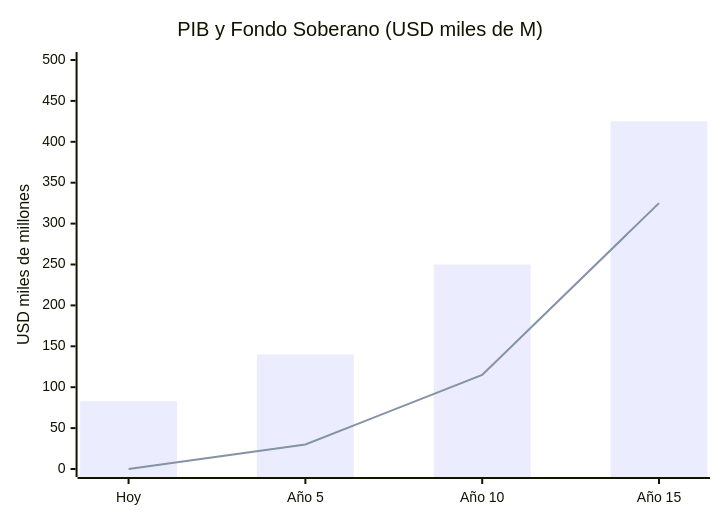
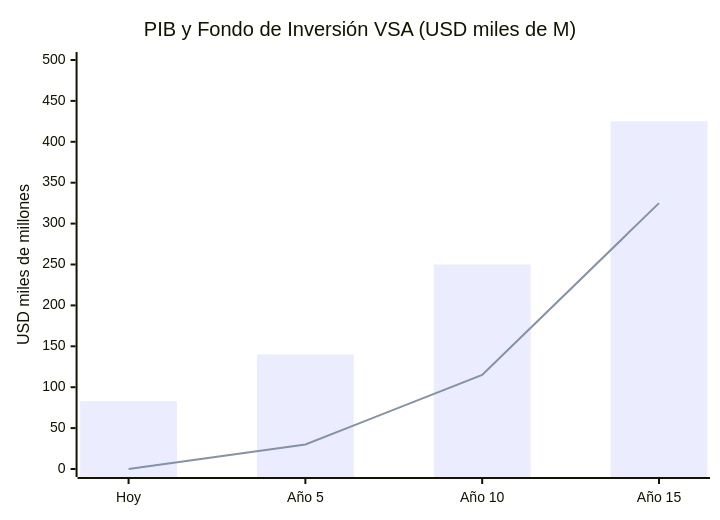
The fourth of 4 diagrams in docs/08-pitch/pitch-deck.md (Venezuela-S-A/venezuela-sa), drawn with Mermaid before and after one commit. The commit also changed other lines of this file and 49 other files, not shown here.

````diff
--- a/docs/08-pitch/pitch-deck.md
+++ b/docs/08-pitch/pitch-deck.md
@@ -133,8 +133,8 @@
 ```mermaid
 xychart-beta
-    title "PIB y Fondo Soberano (USD miles de M)"
+    title "PIB y Fondo de Inversión VSA (USD miles de M)"
     x-axis ["Hoy", "Año 5", "Año 10", "Año 15"]
     y-axis "USD miles de millones" 0 --> 500
     bar [83, 140, 250, 425]
     line [0, 30, 115, 325]
 ```
````
